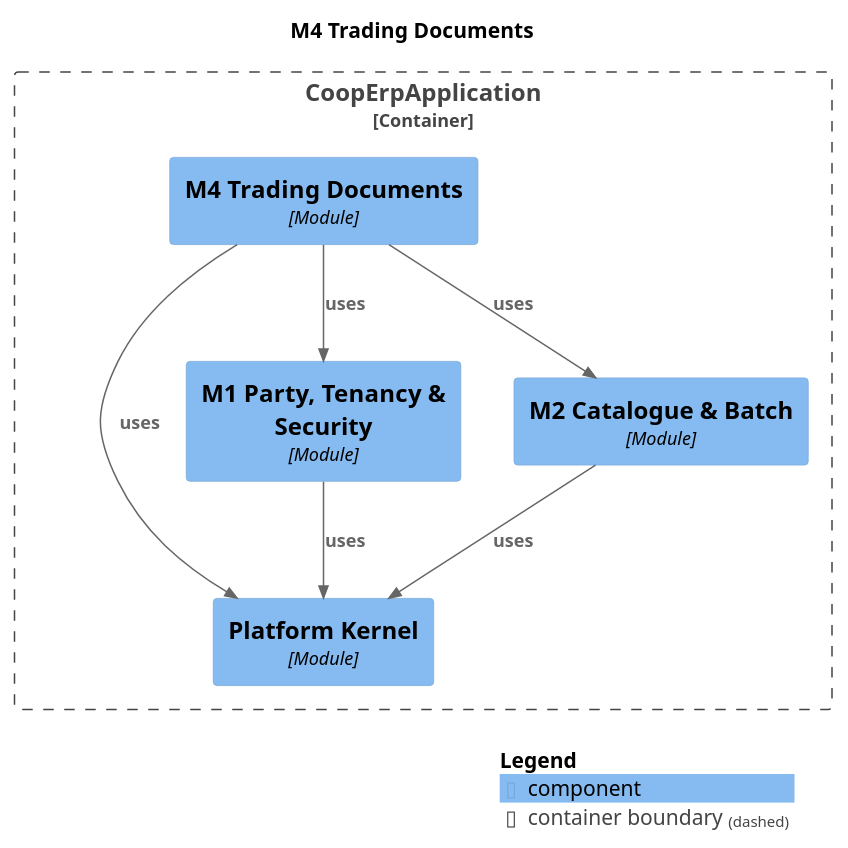
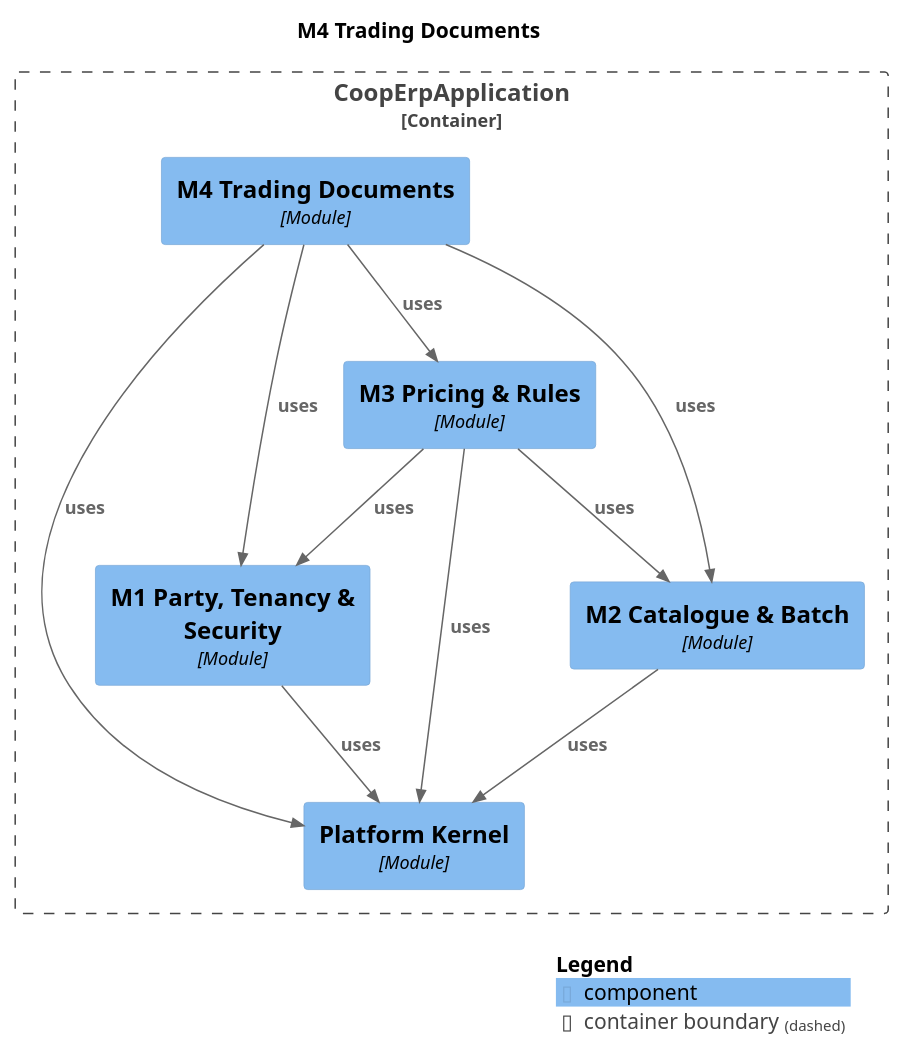
The diagram in docs/modules/module-m4trading.puml (Knoweb/COOP_ERP), drawn with PlantUML before and after one commit. The commit also changed 22 other files, not shown here.

```diff
--- a/docs/modules/module-m4trading.puml
+++ b/docs/modules/module-m4trading.puml
@@ -1,25 +1,30 @@
 @startuml
 set separator none
 title M4 Trading Documents
 
 top to bottom direction
 
 !include <C4/C4>
 !include <C4/C4_Context>
 !include <C4/C4_Component>
 
 Container_Boundary("CoopErpApplication.CoopErpApplication_boundary", "CoopErpApplication", $tags="") {
   Component(CoopErpApplication.CoopErpApplication.M4TradingDocuments, "M4 Trading Documents", $techn="Module", $descr="", $tags="", $link="")
   Component(CoopErpApplication.CoopErpApplication.PlatformKernel, "Platform Kernel", $techn="Module", $descr="", $tags="", $link="")
   Component(CoopErpApplication.CoopErpApplication.M1PartyTenancySecurity, "M1 Party, Tenancy & Security", $techn="Module", $descr="", $tags="", $link="")
   Component(CoopErpApplication.CoopErpApplication.M2CatalogueBatch, "M2 Catalogue & Batch", $techn="Module", $descr="", $tags="", $link="")
+  Component(CoopErpApplication.CoopErpApplication.M3PricingRules, "M3 Pricing & Rules", $techn="Module", $descr="", $tags="", $link="")
 }
 
+Rel(CoopErpApplication.CoopErpApplication.M3PricingRules, CoopErpApplication.CoopErpApplication.M2CatalogueBatch, "uses", $techn="", $tags="", $link="")
+Rel(CoopErpApplication.CoopErpApplication.M3PricingRules, CoopErpApplication.CoopErpApplication.PlatformKernel, "uses", $techn="", $tags="", $link="")
+Rel(CoopErpApplication.CoopErpApplication.M3PricingRules, CoopErpApplication.CoopErpApplication.M1PartyTenancySecurity, "uses", $techn="", $tags="", $link="")
+Rel(CoopErpApplication.CoopErpApplication.M2CatalogueBatch, CoopErpApplication.CoopErpApplication.PlatformKernel, "uses", $techn="", $tags="", $link="")
 Rel(CoopErpApplication.CoopErpApplication.M1PartyTenancySecurity, CoopErpApplication.CoopErpApplication.PlatformKernel, "uses", $techn="", $tags="", $link="")
-Rel(CoopErpApplication.CoopErpApplication.M2CatalogueBatch, CoopErpApplication.CoopErpApplication.PlatformKernel, "uses", $techn="", $tags="", $link="")
+Rel(CoopErpApplication.CoopErpApplication.M4TradingDocuments, CoopErpApplication.CoopErpApplication.PlatformKernel, "uses", $techn="", $tags="", $link="")
 Rel(CoopErpApplication.CoopErpApplication.M4TradingDocuments, CoopErpApplication.CoopErpApplication.M1PartyTenancySecurity, "uses", $techn="", $tags="", $link="")
+Rel(CoopErpApplication.CoopErpApplication.M4TradingDocuments, CoopErpApplication.CoopErpApplication.M3PricingRules, "uses", $techn="", $tags="", $link="")
 Rel(CoopErpApplication.CoopErpApplication.M4TradingDocuments, CoopErpApplication.CoopErpApplication.M2CatalogueBatch, "uses", $techn="", $tags="", $link="")
-Rel(CoopErpApplication.CoopErpApplication.M4TradingDocuments, CoopErpApplication.CoopErpApplication.PlatformKernel, "uses", $techn="", $tags="", $link="")
 
 SHOW_LEGEND(true)
 @enduml
```
